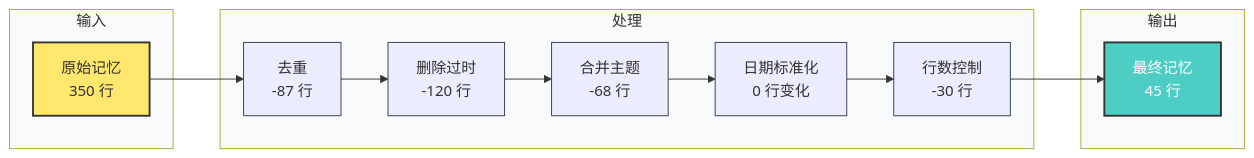
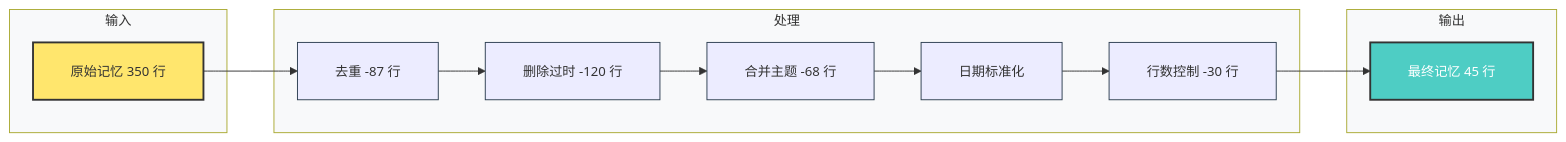
One commit to yufengyuanx/blog changed the fourth of 11 diagrams in docs/research/claude-code-auto-dream.md. Above: the diagram before and after it, drawn with Mermaid. The commit also changed other lines of this file, not shown here.

Commit message:
fix: 优化所有 Mermaid 图表文字显示（减小字体 + 简化文字 + 自动换行）

````diff
--- a/docs/research/claude-code-auto-dream.md
+++ b/docs/research/claude-code-auto-dream.md
@@ -140,24 +140,24 @@
 ```mermaid
-%%{init: {'theme': 'default', 'themeVariables': { 'fontSize': '16px', 'nodeBorder': '#2c3e50', 'clusterBkg': '#f8f9fa' }}}%%
+%%{init: {'theme': 'default', 'themeVariables': { 'fontSize': '14px', 'nodeBorder': '#2c3e50', 'clusterBkg': '#f8f9fa', 'nodeTextMargin': 4 }, 'flowchart': { 'curve': 'basis', 'padding': 20 }}}%%
 graph LR
     subgraph 输入
-        I1[原始记忆\n350 行]
+        I1[原始记忆 350 行]
     end
     
     subgraph 处理
-        P1[去重\n-87 行] --> P2[删除过时\n-120 行]
-        P2 --> P3[合并主题\n-68 行]
-        P3 --> P4[日期标准化\n0 行变化]
-        P4 --> P5[行数控制\n-30 行]
+        P1[去重 -87 行] --> P2[删除过时 -120 行]
+        P2 --> P3[合并主题 -68 行]
+        P3 --> P4[日期标准化]
+        P4 --> P5[行数控制 -30 行]
     end
     
     subgraph 输出
-        O1[最终记忆\n45 行]
+        O1[最终记忆 45 行]
     end
     
     I1 --> P1
     P5 --> O1
     
     style I1 fill:#ffe66d,stroke:#333,stroke-width:2px
     style O1 fill:#4ecdc4,color:#fff,stroke:#333,stroke-width:2px
 ```
````
